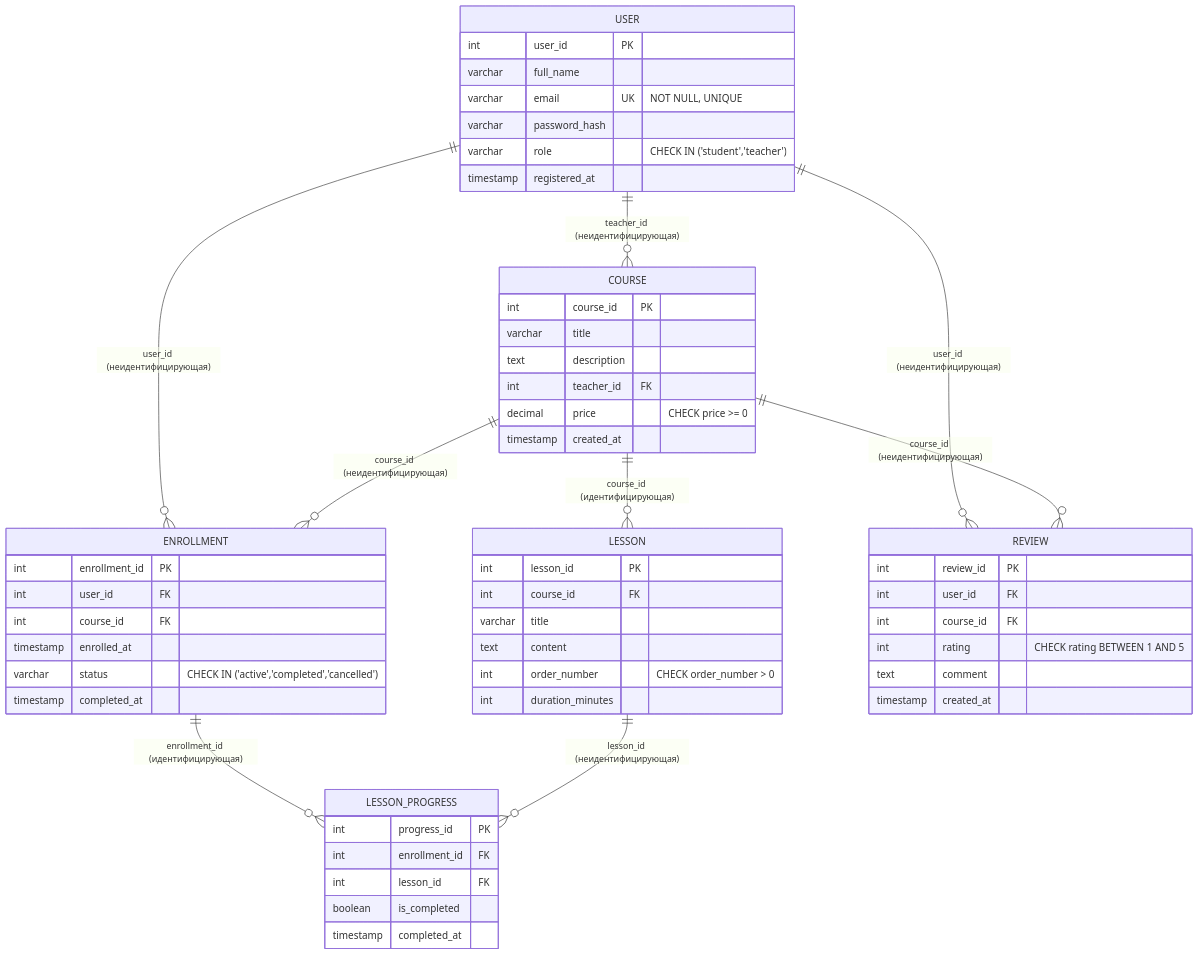
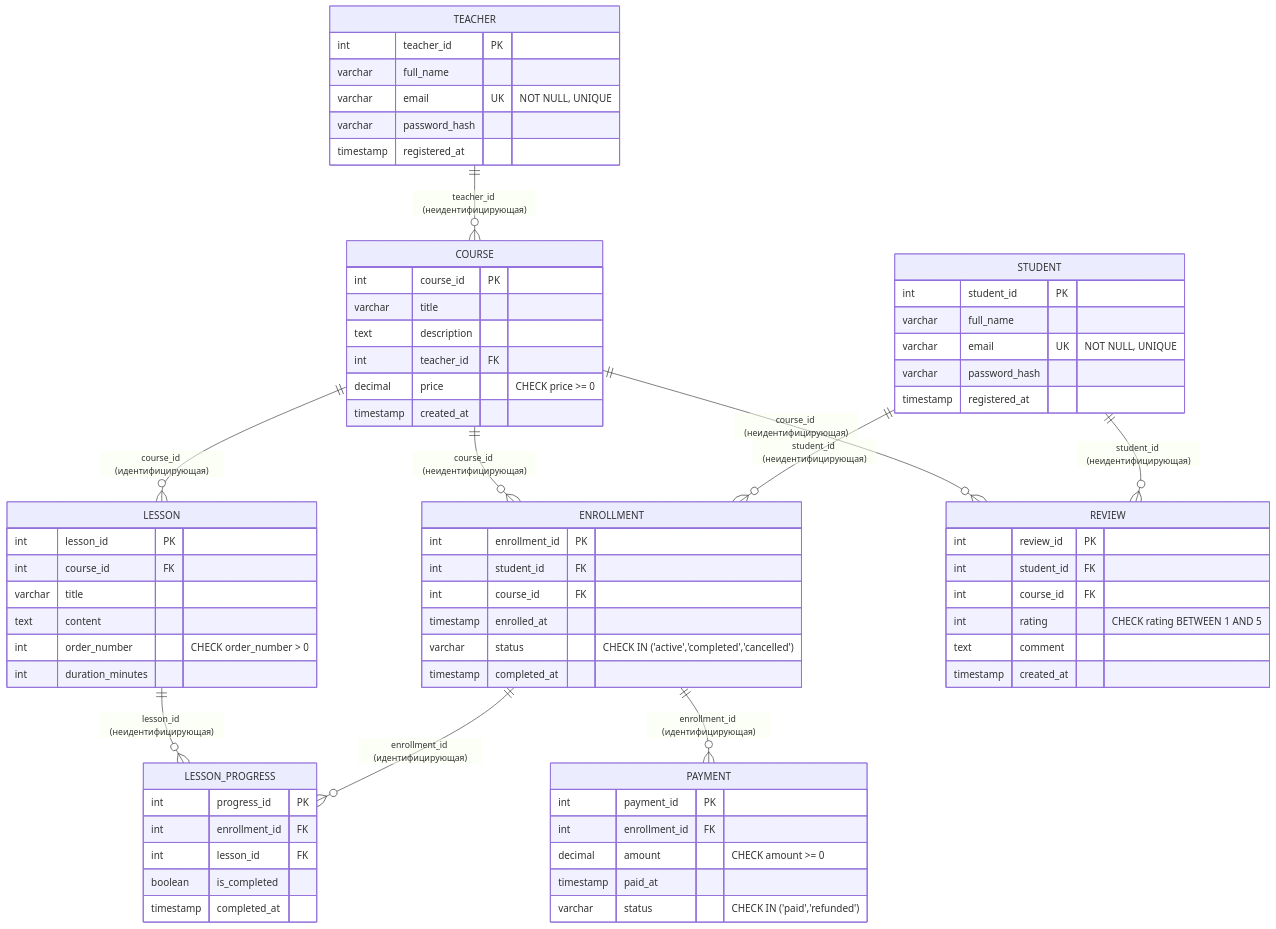
The second of 2 diagrams in hw1/README.md (Liwone6/databases_2026), drawn with Mermaid before and after one commit. The commit also changed other lines of this file and 1 other file, not shown here.

Commit message:
fix: разделил User на Teacher/Student, добавил Payment (история оплат)

````diff
--- a/hw1/README.md
+++ b/hw1/README.md
@@ -76,59 +85,73 @@
 ```mermaid
 erDiagram
-    USER {
-        int user_id PK
+    TEACHER {
+        int teacher_id PK
         varchar full_name
         varchar email UK "NOT NULL, UNIQUE"
         varchar password_hash
-        varchar role "CHECK IN ('student','teacher')"
+        timestamp registered_at
+    }
+    STUDENT {
+        int student_id PK
+        varchar full_name
+        varchar email UK "NOT NULL, UNIQUE"
+        varchar password_hash
         timestamp registered_at
     }
     COURSE {
         int course_id PK
         varchar title
         text description
         int teacher_id FK
         decimal price "CHECK price >= 0"
         timestamp created_at
     }
     LESSON {
         int lesson_id PK
         int course_id FK
         varchar title
         text content
         int order_number "CHECK order_number > 0"
         int duration_minutes
     }
     ENROLLMENT {
         int enrollment_id PK
-        int user_id FK
+        int student_id FK
         int course_id FK
         timestamp enrolled_at
         varchar status "CHECK IN ('active','completed','cancelled')"
         timestamp completed_at
     }
     LESSON_PROGRESS {
         int progress_id PK
         int enrollment_id FK
         int lesson_id FK
         boolean is_completed
         timestamp completed_at
     }
     REVIEW {
         int review_id PK
-        int user_id FK
+        int student_id FK
         int course_id FK
         int rating "CHECK rating BETWEEN 1 AND 5"
         text comment
         timestamp created_at
     }
+    PAYMENT {
+        int payment_id PK
+        int enrollment_id FK
+        decimal amount "CHECK amount >= 0"
+        timestamp paid_at
+        varchar status "CHECK IN ('paid','refunded')"
+    }
 
-    USER ||--o{ COURSE : "teacher_id (неидентифицирующая)"
-    USER ||--o{ ENROLLMENT : "user_id (неидентифицирующая)"
-    USER ||--o{ REVIEW : "user_id (неидентифицирующая)"
+    TEACHER ||--o{ COURSE : "teacher_id (неидентифицирующая)"
+    STUDENT ||--o{ ENROLLMENT : "student_id (неидентифицирующая)"
+    STUDENT ||--o{ REVIEW : "student_id (неидентифицирующая)"
     COURSE ||--o{ LESSON : "course_id (идентифицирующая)"
     COURSE ||--o{ ENROLLMENT : "course_id (неидентифицирующая)"
     COURSE ||--o{ REVIEW : "course_id (неидентифицирующая)"
     ENROLLMENT ||--o{ LESSON_PROGRESS : "enrollment_id (идентифицирующая)"
     LESSON ||--o{ LESSON_PROGRESS : "lesson_id (неидентифицирующая)"
+    ENROLLMENT ||--o{ PAYMENT : "enrollment_id (идентифицирующая)"
 ```
````
